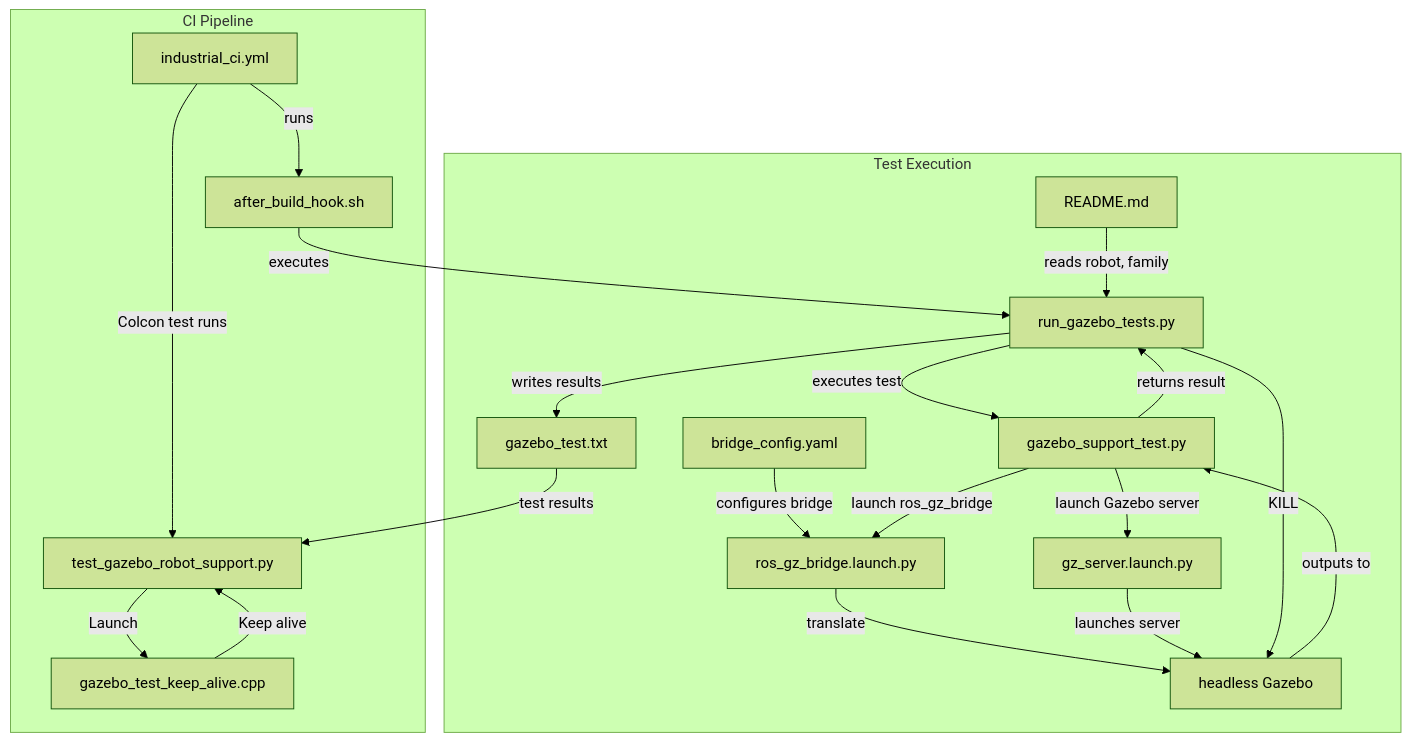
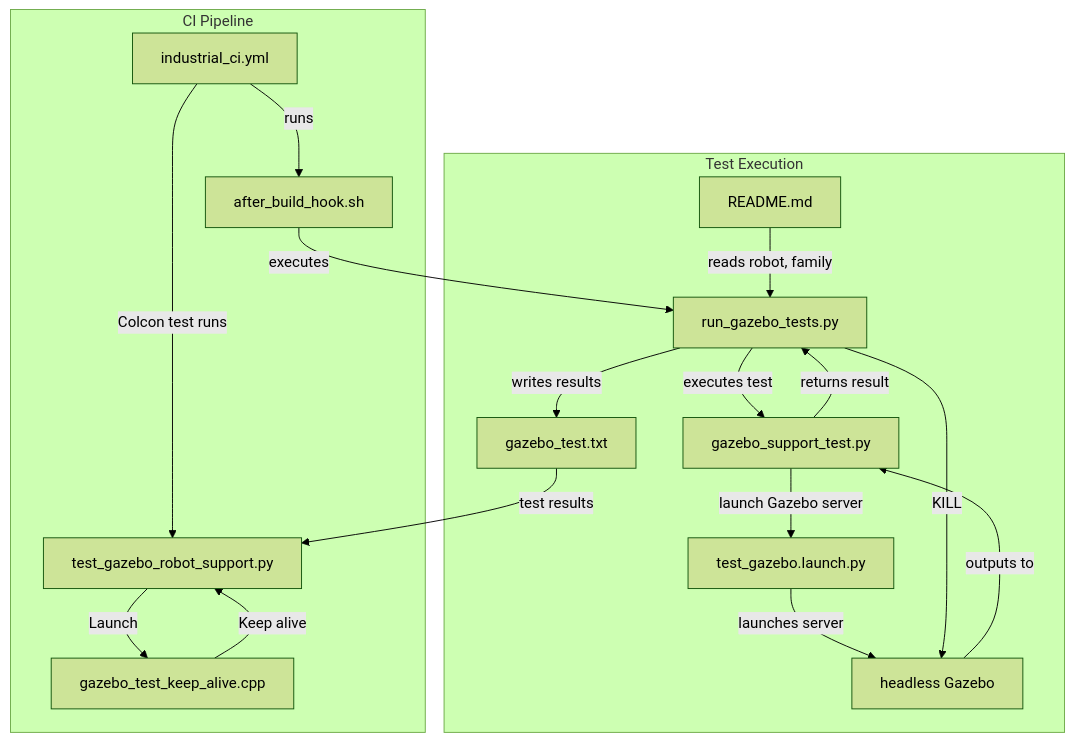
The diagram in README.md (kroshu/kuka_robot_descriptions), drawn with Mermaid (forest theme) before and after one commit. The commit also changed other lines of this file and 4 other files, not shown here.

````diff
--- a/README.md
+++ b/README.md
@@ -251,27 +251,24 @@
 ```mermaid
 graph TD
     %% CI Pipeline Section
     subgraph CI Pipeline
         A[industrial_ci.yml] -->|runs| B[after_build_hook.sh]
         A -->|Colcon test runs| H[test_gazebo_robot_support.py]
         H -->|Launch| J[gazebo_test_keep_alive.cpp]
         J -->|Keep alive| H
     end
 
     %% Test Execution Section
     subgraph Test Execution
         B -->|executes| C[run_gazebo_tests.py]
         F[README.md] -->|reads robot, family| C
         C -->|executes test| D[gazebo_support_test.py]
-        K[bridge_config.yaml] -->|configures bridge| E
-        D -->|launch ros_gz_bridge| E[ros_gz_bridge.launch.py]
-        D -->|launch Gazebo server| I[gz_server.launch.py]
-        E -->|translate| L[headless Gazebo]
-        I -->|launches server| L
+        D -->|launch Gazebo server| I[test_gazebo.launch.py]
+        I -->|launches server| L[headless Gazebo]
         L -->|outputs to| D
         C -->|KILL| L
         D -->|returns result| C
         C -->|writes results| G[gazebo_test.txt]
         G -->|test results| H
     end
 ```
````
